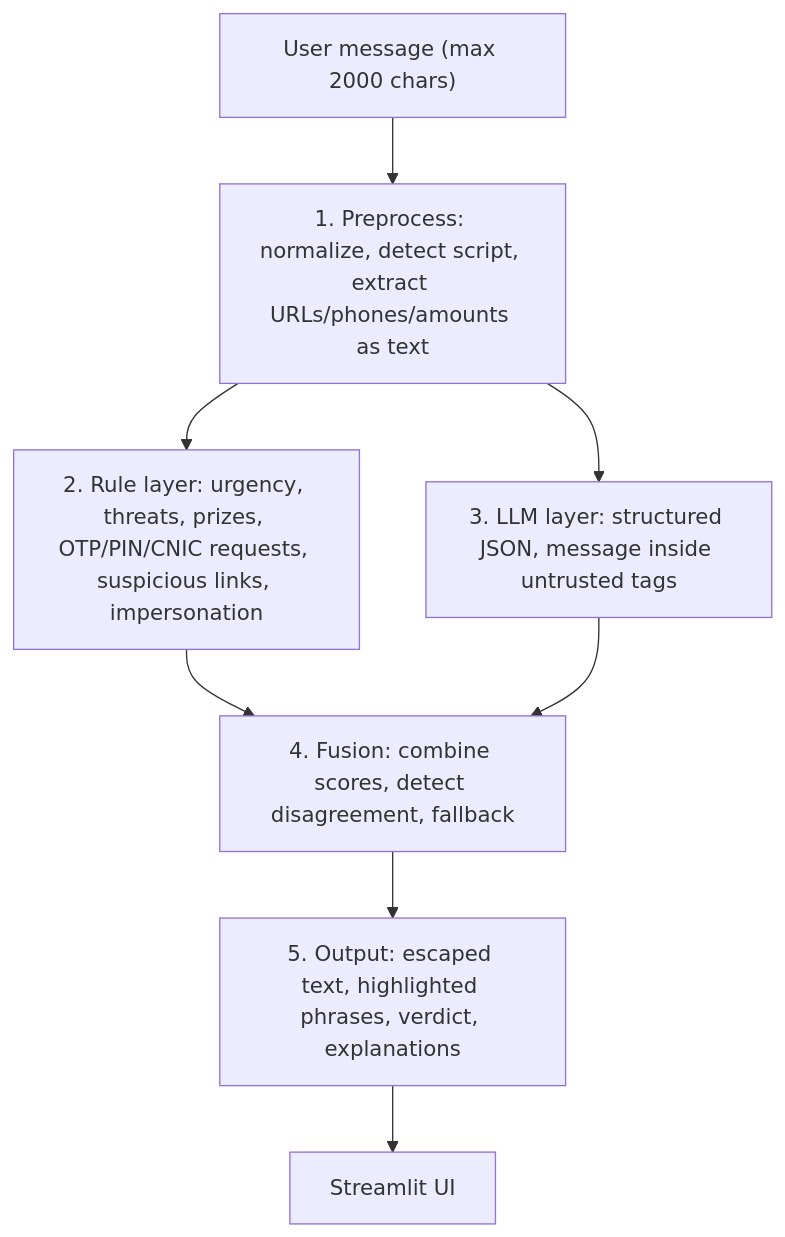
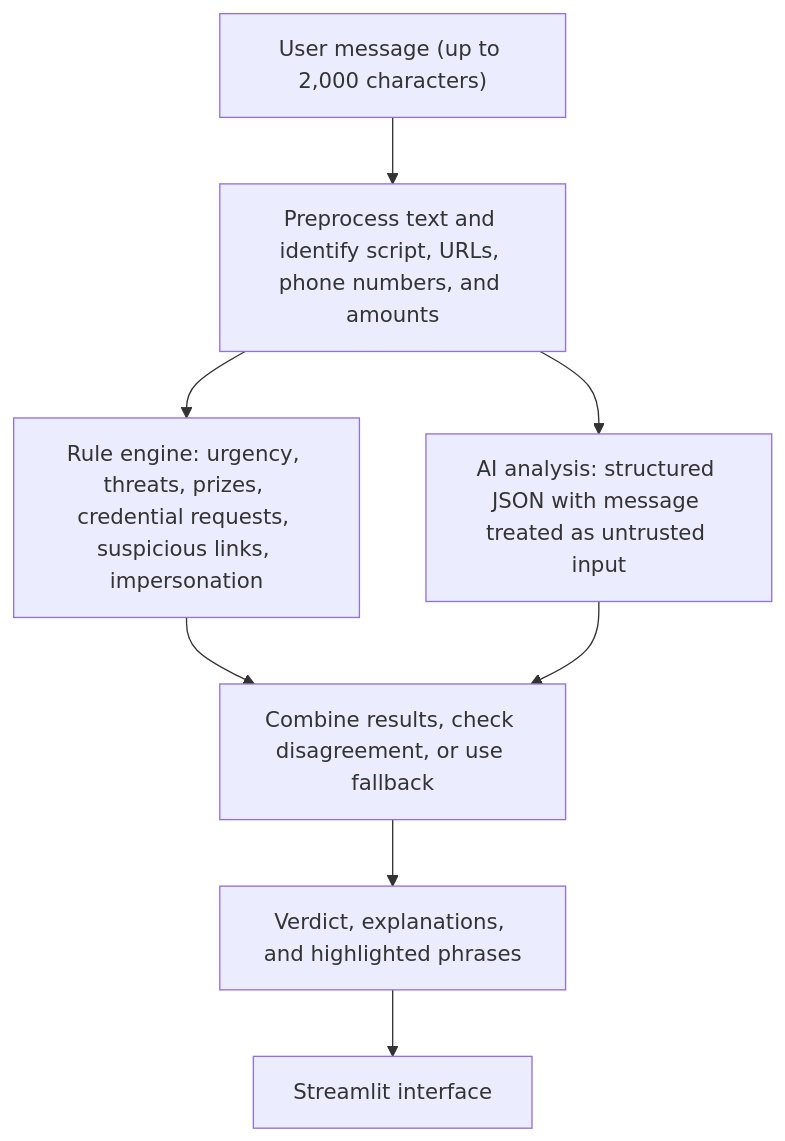
Before and after one commit to mubasiranwar/Muhafiz-AI: the diagram in README.md, drawn with Mermaid. The commit also changed other lines of this file, not shown here.

````diff
--- a/README.md
+++ b/README.md
@@ -73,10 +76,10 @@
 ```mermaid
 flowchart TD
-    A["User message (max 2000 chars)"] --> B["1. Preprocess: normalize, detect script, extract URLs/phones/amounts as text"]
-    B --> C["2. Rule layer: urgency, threats, prizes, OTP/PIN/CNIC requests, suspicious links, impersonation"]
-    B --> D["3. LLM layer: structured JSON, message inside untrusted tags"]
-    C --> E["4. Fusion: combine scores, detect disagreement, fallback"]
+    A["User message (up to 2,000 characters)"] --> B["Preprocess text and identify script, URLs, phone numbers, and amounts"]
+    B --> C["Rule engine: urgency, threats, prizes, credential requests, suspicious links, impersonation"]
+    B --> D["AI analysis: structured JSON with message treated as untrusted input"]
+    C --> E["Combine results, check disagreement, or use fallback"]
     D --> E
-    E --> F["5. Output: escaped text, highlighted phrases, verdict, explanations"]
-    F --> G["Streamlit UI"]
+    E --> F["Verdict, explanations, and highlighted phrases"]
+    F --> G["Streamlit interface"]
 ```
````
